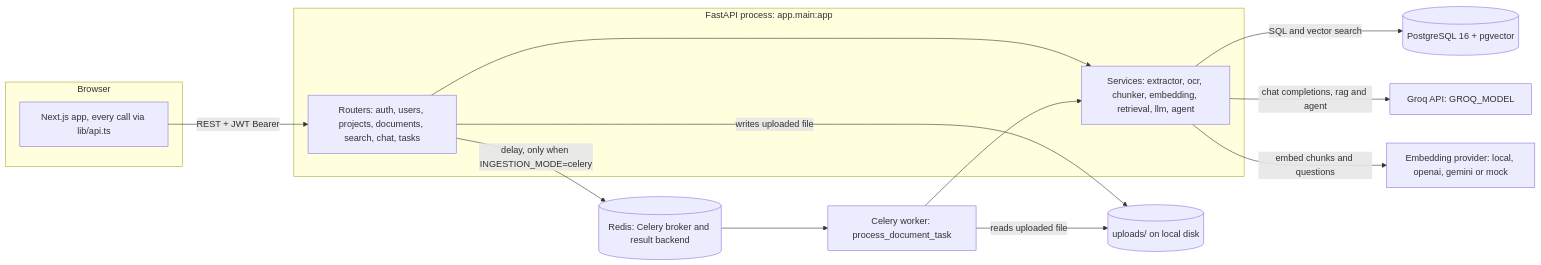
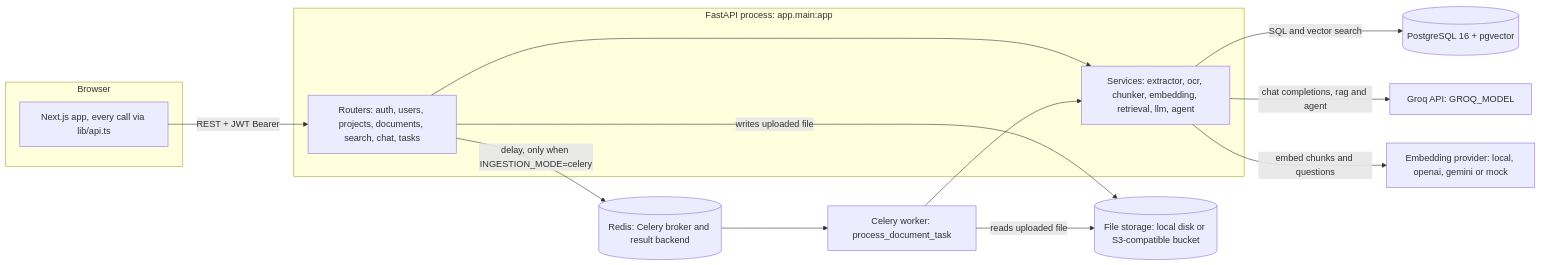
Before and after one commit to dhanoliya-ji/DOCMINDS: the first of 2 diagrams in README.md, drawn with Mermaid. The commit also changed other lines of this file and 35 other files, not shown here.

````diff
--- a/README.md
+++ b/README.md
@@ -30,27 +32,27 @@
 ```mermaid
 flowchart LR
     subgraph BROWSER["Browser"]
         UI["Next.js app, every call via lib/api.ts"]
     end
     subgraph APIPROC["FastAPI process: app.main:app"]
         ROUTERS["Routers: auth, users, projects, documents, search, chat, tasks"]
         SERVICES["Services: extractor, ocr, chunker, embedding, retrieval, llm, agent"]
     end
     REDIS[("Redis: Celery broker and result backend")]
     WORKER["Celery worker: process_document_task"]
     PG[("PostgreSQL 16 + pgvector")]
-    DISK[("uploads/ on local disk")]
+    DISK[("File storage: local disk or S3-compatible bucket")]
     GROQ["Groq API: GROQ_MODEL"]
     EMB["Embedding provider: local, openai, gemini or mock"]
 
     UI -->|"REST + JWT Bearer"| ROUTERS
     ROUTERS --> SERVICES
     ROUTERS -->|"writes uploaded file"| DISK
     ROUTERS -->|"delay, only when INGESTION_MODE=celery"| REDIS
     REDIS --> WORKER
     WORKER --> SERVICES
     WORKER -->|"reads uploaded file"| DISK
     SERVICES -->|"SQL and vector search"| PG
     SERVICES -->|"chat completions, rag and agent"| GROQ
     SERVICES -->|"embed chunks and questions"| EMB
 ```
````
